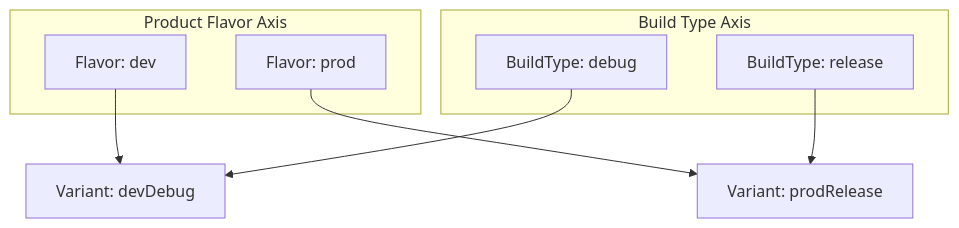
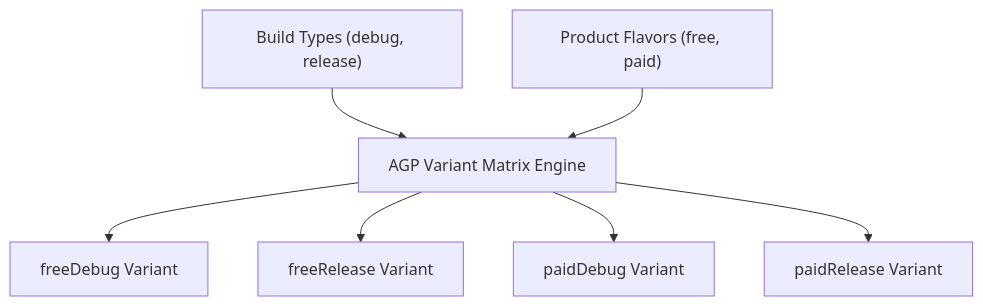
Before and after one commit to youngmin-gwon/what-i-studied: the diagram in 01_inbox/mobile/android/03_packaging_deployment/build/gradle/gradle-build-contracts/build-type-product-flavor-and-build-variant-are-different-axes.md, drawn with Mermaid. The commit also changed other lines of this file and 134 other files, not shown here.

````diff
--- a/01_inbox/mobile/android/03_packaging_deployment/build/gradle/gradle-build-contracts/build-type-product-flavor-and-build-variant-are-different-axes.md
+++ b/01_inbox/mobile/android/03_packaging_deployment/build/gradle/gradle-build-contracts/build-type-product-flavor-and-build-variant-are-different-axes.md
@@ -21,17 +27,9 @@
 ```mermaid
 flowchart TD
-    subgraph FlavorAxis ["Product Flavor Axis"]
-        Dev["Flavor: dev"]
-        Prod["Flavor: prod"]
-    end
-
-    subgraph BuildTypeAxis ["Build Type Axis"]
-        Debug["BuildType: debug"]
-        Release["BuildType: release"]
-    end
-
-    Dev --> devDebug["Variant: devDebug"]
-    Debug --> devDebug
-    Prod --> prodRelease["Variant: prodRelease"]
-    Release --> prodRelease
+    BuildTypes["Build Types (debug, release)"] --> Matrix["AGP Variant Matrix Engine"]
+    Flavors["Product Flavors (free, paid)"] --> Matrix
+    Matrix --> FreeDebug["freeDebug Variant"]
+    Matrix --> FreeRelease["freeRelease Variant"]
+    Matrix --> PaidDebug["paidDebug Variant"]
+    Matrix --> PaidRelease["paidRelease Variant"]
 ```
````
